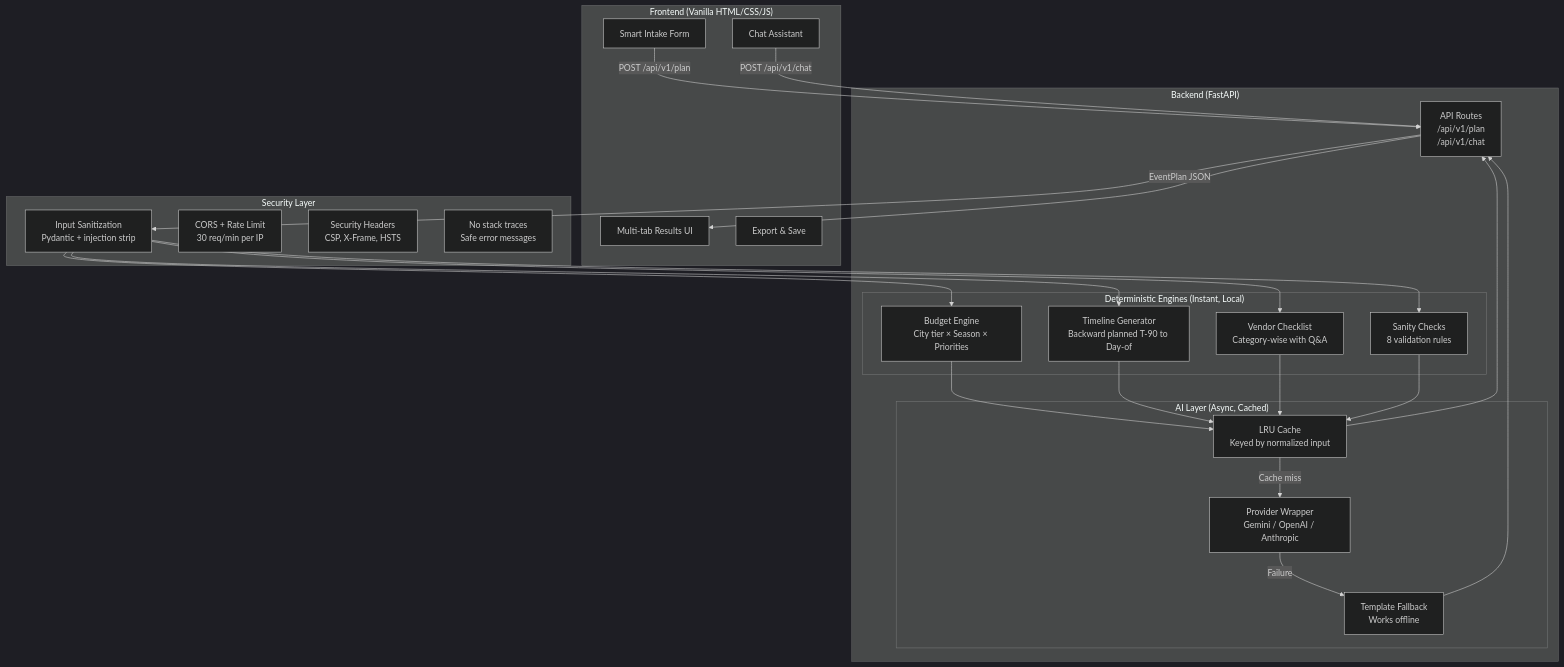
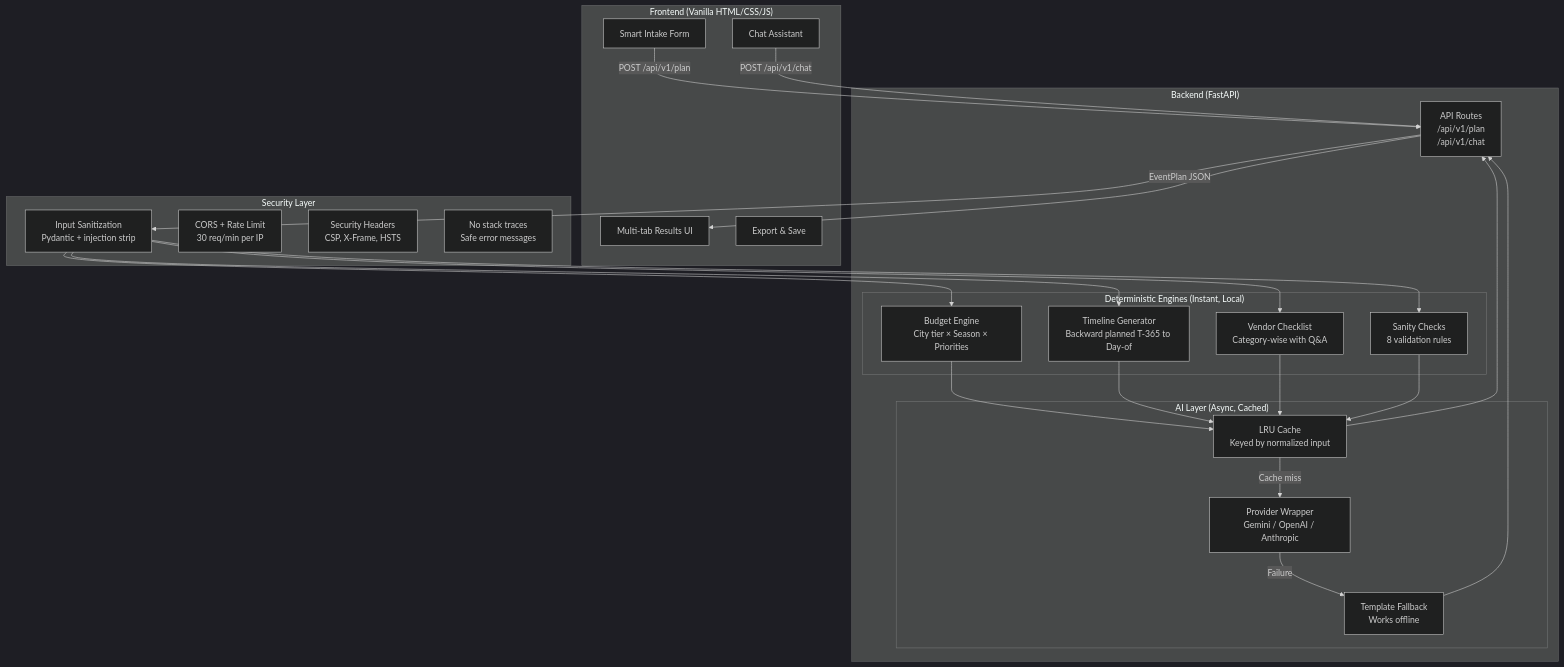
Before and after one commit to MOHDUBES/Utsavai-event-planner: the diagram in README.md, drawn with Mermaid (dark theme). The commit also changed other lines of this file and 9 other files, not shown here.

````diff
--- a/README.md
+++ b/README.md
@@ -35,43 +35,43 @@
 ```mermaid
 graph TB
     subgraph Frontend["Frontend (Vanilla HTML/CSS/JS)"]
         F1[Smart Intake Form]
         F2[Multi-tab Results UI]
         F3[Chat Assistant]
         F4[Export & Save]
     end
 
     subgraph Backend["Backend (FastAPI)"]
         A[API Routes<br>/api/v1/plan<br>/api/v1/chat]
         
         subgraph Deterministic["Deterministic Engines (Instant, Local)"]
             B1[Budget Engine<br>City tier × Season × Priorities]
-            B2[Timeline Generator<br>Backward planned T-90 to Day-of]
+            B2[Timeline Generator<br>Backward planned T-365 to Day-of]
             B3[Vendor Checklist<br>Category-wise with Q&A]
             B4[Sanity Checks<br>8 validation rules]
         end
         
         subgraph AI["AI Layer (Async, Cached)"]
             C1[Provider Wrapper<br>Gemini / OpenAI / Anthropic]
             C2[LRU Cache<br>Keyed by normalized input]
             C3[Template Fallback<br>Works offline]
         end
     end
 
     subgraph Security["Security Layer"]
         S1[Input Sanitization<br>Pydantic + injection strip]
         S2[CORS + Rate Limit<br>30 req/min per IP]
         S3[Security Headers<br>CSP, X-Frame, HSTS]
         S4[No stack traces<br>Safe error messages]
     end
 
     F1 -->|POST /api/v1/plan| A
     A --> S1
     S1 --> B1 & B2 & B3 & B4
     B1 & B2 & B3 & B4 --> C2
     C2 -->|Cache miss| C1
     C1 -->|Failure| C3
     C2 & C3 --> A
     A -->|EventPlan JSON| F2
     F3 -->|POST /api/v1/chat| A
 ```
````
